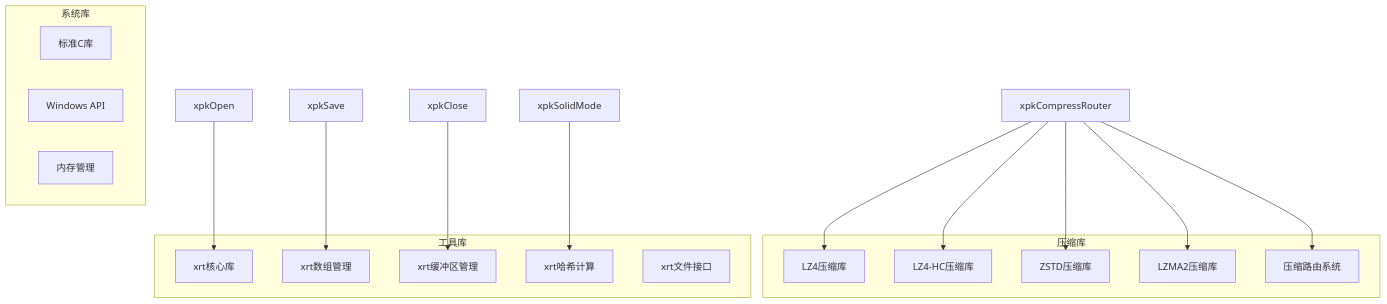
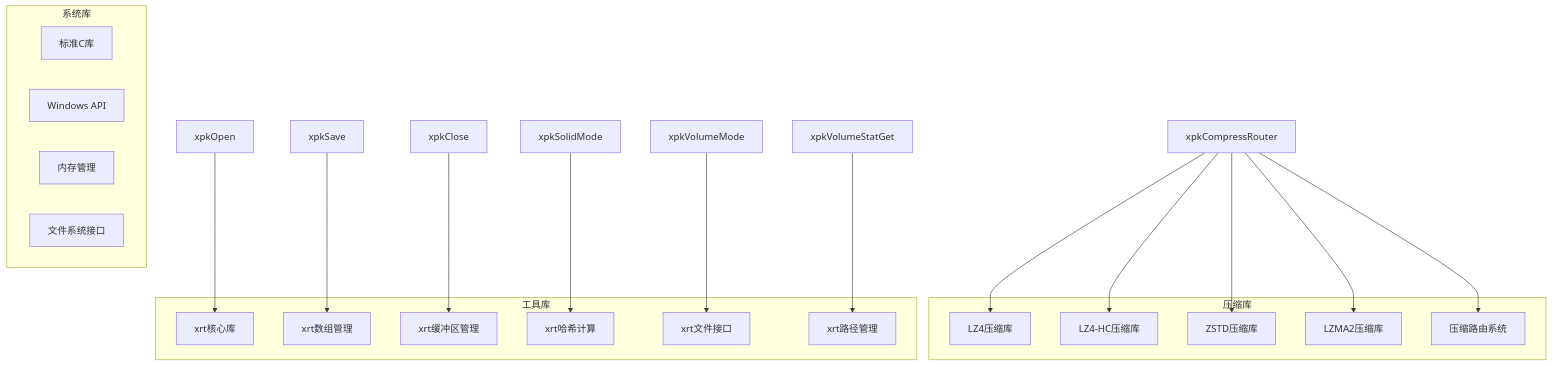
The seventh of 8 diagrams in .qoder/repowiki/zh/content/API参考手册/核心API函数.md (xywhsoft/xpack), drawn with Mermaid before and after one commit. The commit also changed other lines of this file and 42 other files, not shown here.

````diff
--- a/.qoder/repowiki/zh/content/API参考手册/核心API函数.md
+++ b/.qoder/repowiki/zh/content/API参考手册/核心API函数.md
@@ -669,31 +1228,35 @@
 ```mermaid
 graph TB
 subgraph "压缩库"
 A[LZ4压缩库]
 B[LZ4-HC压缩库]
 C[ZSTD压缩库]
 D[LZMA2压缩库]
 E[压缩路由系统]
 end
 subgraph "工具库"
 F[xrt核心库]
 G[xrt数组管理]
 H[xrt缓冲区管理]
 I[xrt哈希计算]
 J[xrt文件接口]
+K[xrt路径管理]
 end
 subgraph "系统库"
-K[标准C库]
-L[Windows API]
-M[内存管理]
+L[标准C库]
+M[Windows API]
+N[内存管理]
+O[文件系统接口]
 end
 xpkOpen --> F
 xpkSave --> G
 xpkClose --> H
 xpkSolidMode --> I
+xpkVolumeMode --> J
+xpkVolumeStatGet --> K
 xpkCompressRouter --> A
 xpkCompressRouter --> B
 xpkCompressRouter --> C
 xpkCompressRouter --> D
 xpkCompressRouter --> E
 ```
````
